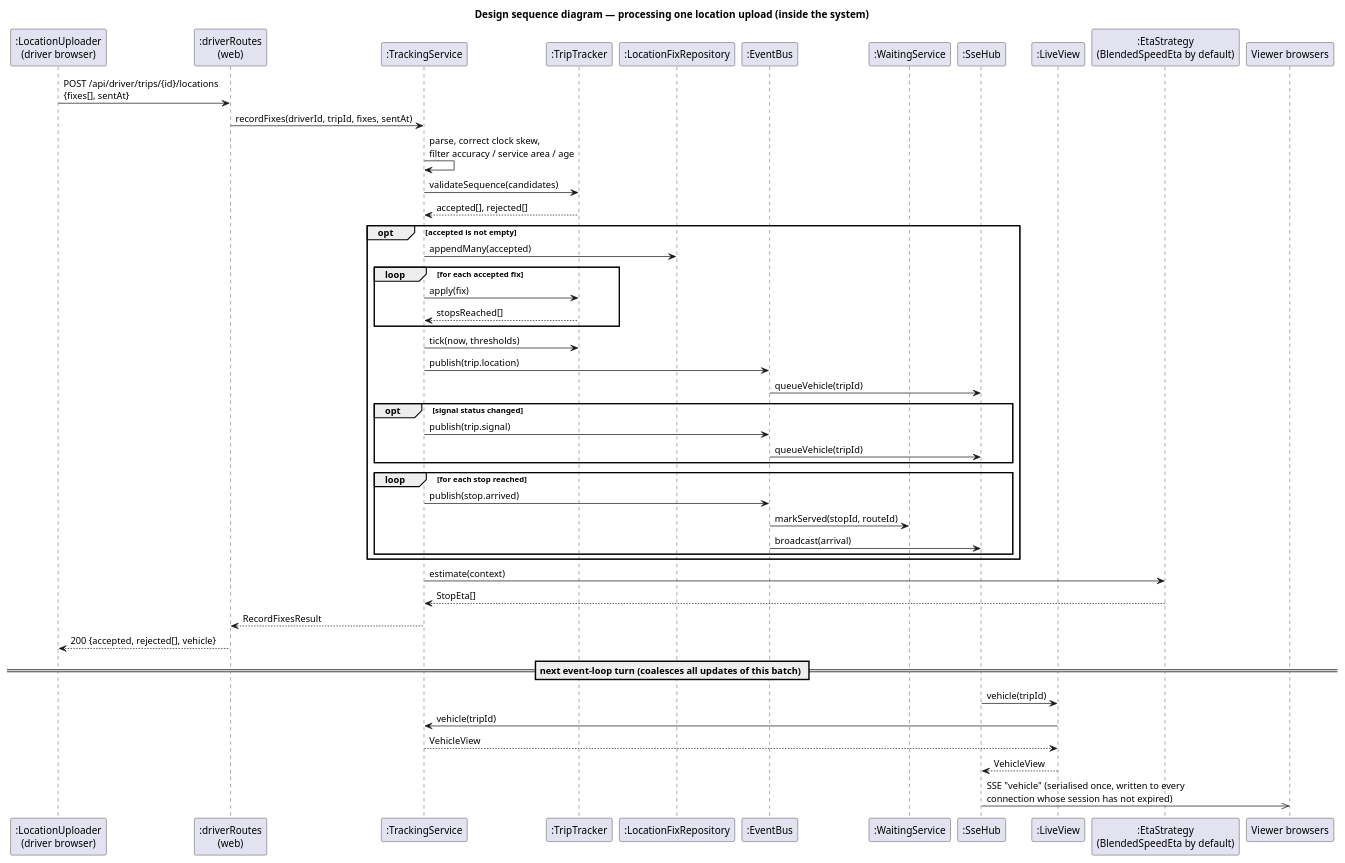
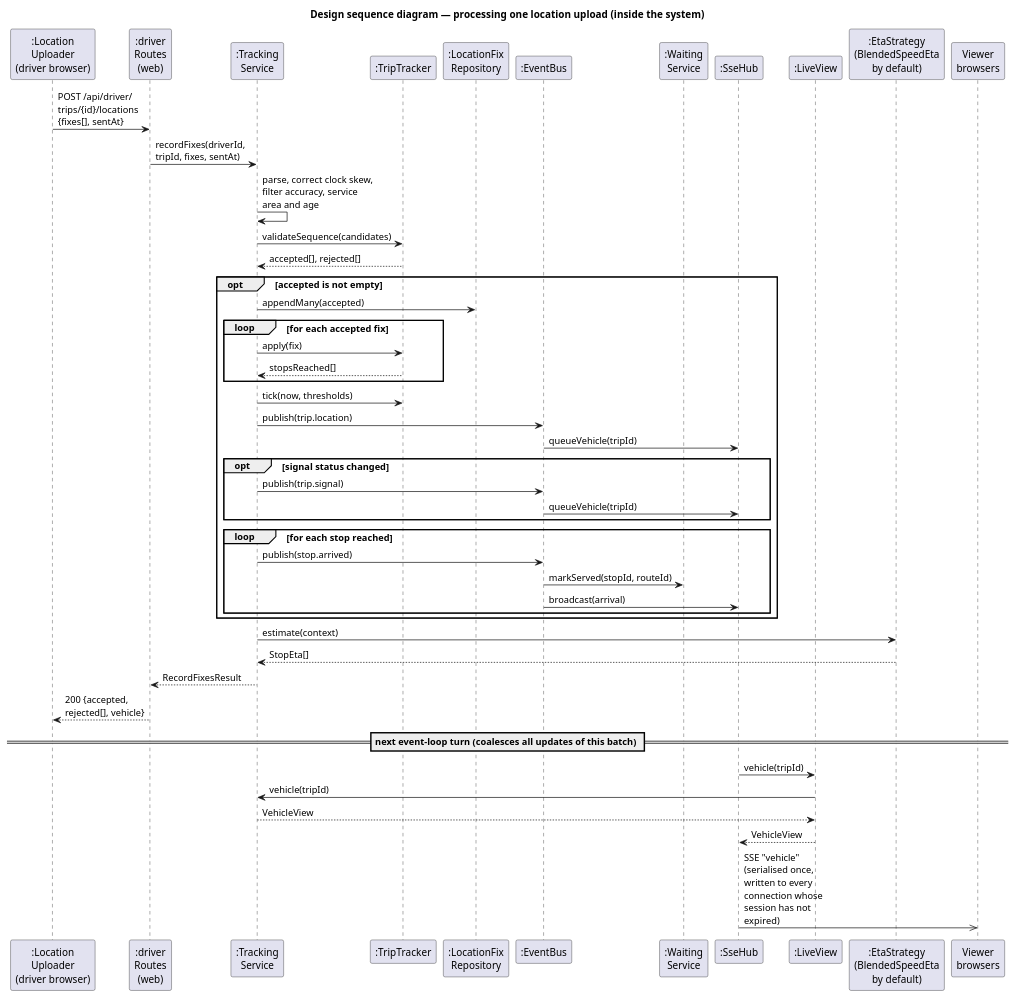
The diagram in docs/uml/04-sequence-location-update.puml (abdullahshammari796-ctrl/CampusShuttle), drawn with PlantUML before and after one commit. The commit also changed 48 other files, not shown here.

First line of the commit message:
docs: submission pass — single-scenario SSD, readable UML set, process section, nine-slide deck

```diff
--- a/docs/uml/04-sequence-location-update.puml
+++ b/docs/uml/04-sequence-location-update.puml
@@ -1,54 +1,61 @@
 @startuml 04-sequence-location-update
 skinparam shadowing false
 skinparam defaultFontName Arial
 skinparam sequenceMessageAlign left
+<style>
+sequenceDiagram {
+  group {
+    FontSize 13
+  }
+}
+</style>
 title Design sequence diagram — processing one location upload (inside the system)
 
-participant ":LocationUploader\n(driver browser)" as App
-participant ":driverRoutes\n(web)" as Web
-participant ":TrackingService" as TS
+participant ":Location\nUploader\n(driver browser)" as App
+participant ":driver\nRoutes\n(web)" as Web
+participant ":Tracking\nService" as TS
 participant ":TripTracker" as TT
-participant ":LocationFixRepository" as Repo
+participant ":LocationFix\nRepository" as Repo
 participant ":EventBus" as Bus
-participant ":WaitingService" as WS
+participant ":Waiting\nService" as WS
 participant ":SseHub" as Hub
 participant ":LiveView" as LV
-participant ":EtaStrategy\n(BlendedSpeedEta by default)" as Eta
-participant "Viewer browsers" as Viewers
+participant ":EtaStrategy\n(BlendedSpeedEta\nby default)" as Eta
+participant "Viewer\nbrowsers" as Viewers
 
-App -> Web : POST /api/driver/trips/{id}/locations\n{fixes[], sentAt}
-Web -> TS : recordFixes(driverId, tripId, fixes, sentAt)
-TS -> TS : parse, correct clock skew,\nfilter accuracy / service area / age
+App -> Web : POST /api/driver/\ntrips/{id}/locations\n{fixes[], sentAt}
+Web -> TS : recordFixes(driverId,\ntripId, fixes, sentAt)
+TS -> TS : parse, correct clock skew,\nfilter accuracy, service\narea and age
 TS -> TT : validateSequence(candidates)
 TT --> TS : accepted[], rejected[]
 opt accepted is not empty
   TS -> Repo : appendMany(accepted)
   loop for each accepted fix
     TS -> TT : apply(fix)
     TT --> TS : stopsReached[]
   end
   TS -> TT : tick(now, thresholds)
   TS -> Bus : publish(trip.location)
   Bus -> Hub : queueVehicle(tripId)
   opt signal status changed
     TS -> Bus : publish(trip.signal)
     Bus -> Hub : queueVehicle(tripId)
   end
   loop for each stop reached
     TS -> Bus : publish(stop.arrived)
     Bus -> WS : markServed(stopId, routeId)
     Bus -> Hub : broadcast(arrival)
   end
 end
 TS -> Eta : estimate(context)
 Eta --> TS : StopEta[]
 TS --> Web : RecordFixesResult
-Web --> App : 200 {accepted, rejected[], vehicle}
+Web --> App : 200 {accepted,\nrejected[], vehicle}
 
 == next event-loop turn (coalesces all updates of this batch) ==
 Hub -> LV : vehicle(tripId)
 LV -> TS : vehicle(tripId)
 TS --> LV : VehicleView
 LV --> Hub : VehicleView
-Hub ->> Viewers : SSE "vehicle" (serialised once, written to every\nconnection whose session has not expired)
+Hub ->> Viewers : SSE "vehicle"\n(serialised once,\nwritten to every\nconnection whose\nsession has not\nexpired)
 @enduml
```
